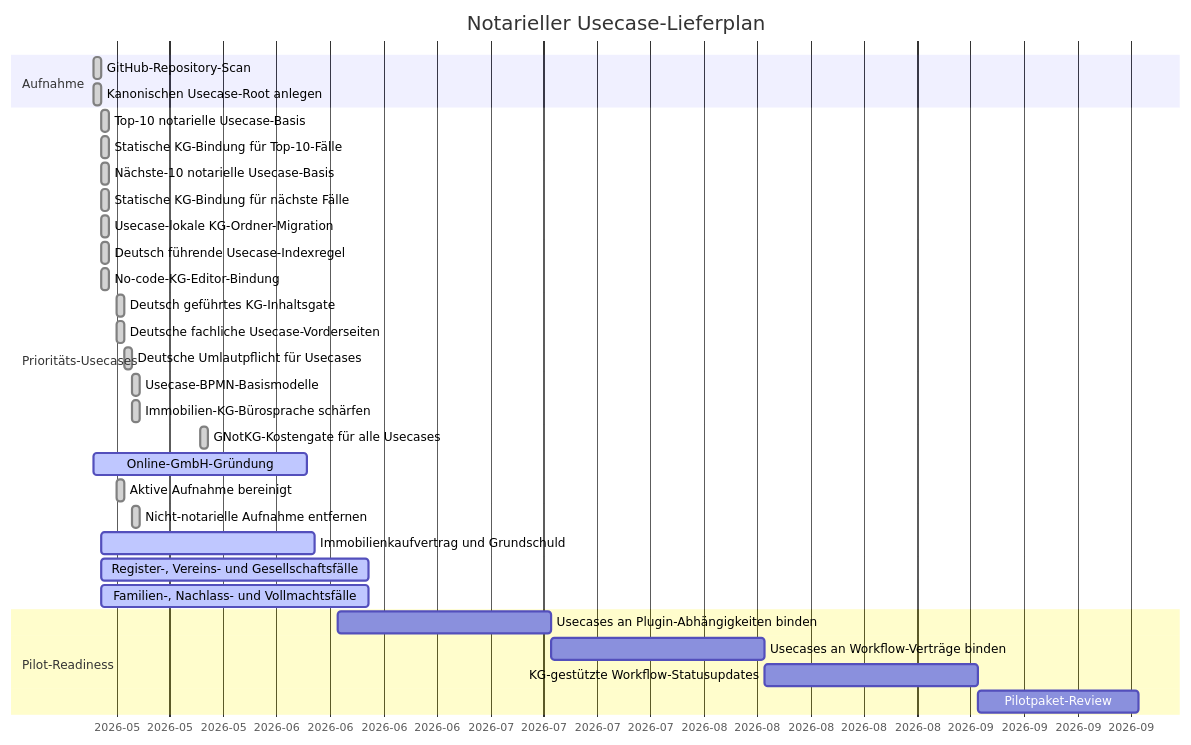
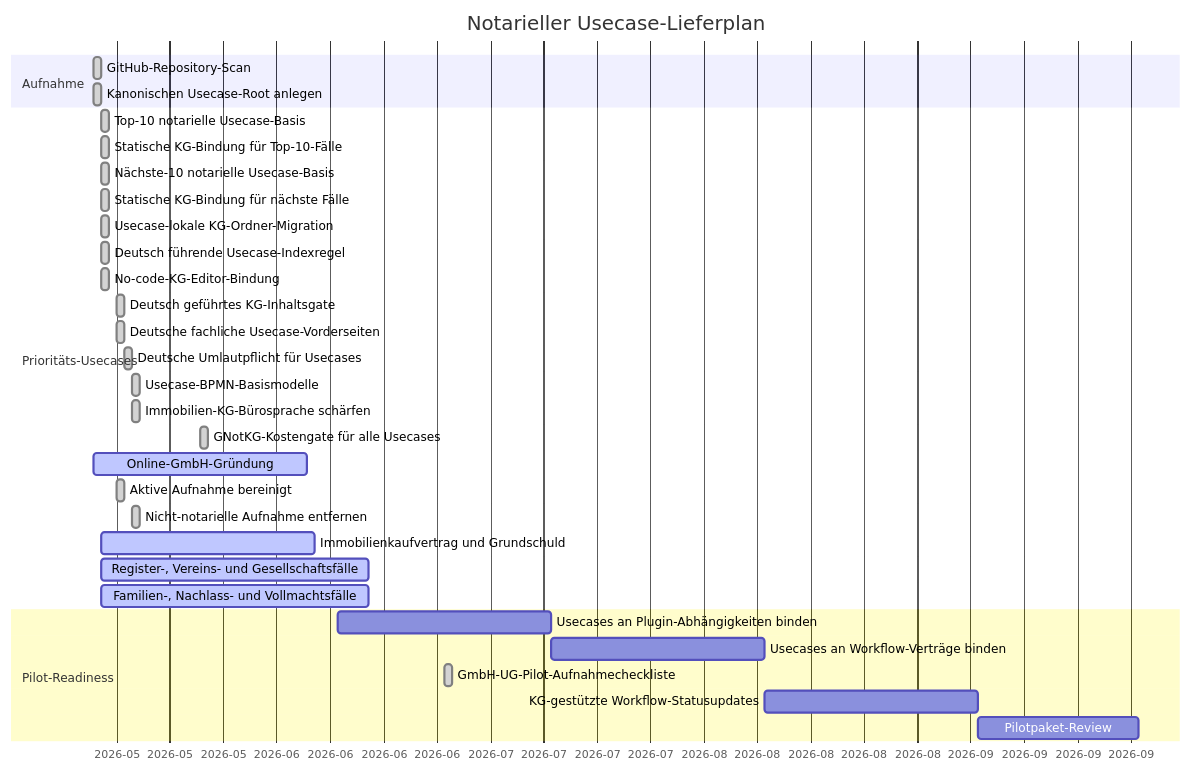
The diagram in usecases/GANTT.md (notariat8/NaC), drawn with Mermaid before and after one commit. The commit also changed other lines of this file and 12 other files, not shown here.

Commit message:
Add GmbH UG pilot intake checklist

````diff
--- a/usecases/GANTT.md
+++ b/usecases/GANTT.md
@@ -5,37 +5,38 @@
 ```mermaid
 gantt
     title Notarieller Usecase-Lieferplan
     dateFormat  YYYY-MM-DD
     axisFormat  %Y-%m
 
     section Aufnahme
     GitHub-Repository-Scan                     :done,   u1, 2026-05-14, 1d
     Kanonischen Usecase-Root anlegen           :done,   u2, 2026-05-14, 1d
 
     section Prioritäts-Usecases
     Top-10 notarielle Usecase-Basis            :done,   u3, 2026-05-15, 1d
     Statische KG-Bindung für Top-10-Fälle    :done,   u4, 2026-05-15, 1d
     Nächste-10 notarielle Usecase-Basis       :done,   u5, 2026-05-15, 1d
     Statische KG-Bindung für nächste Fälle  :done,   u6, 2026-05-15, 1d
     Usecase-lokale KG-Ordner-Migration         :done,   u6a, 2026-05-15, 1d
     Deutsch führende Usecase-Indexregel       :done,   u6b, 2026-05-15, 1d
     No-code-KG-Editor-Bindung                  :done,   u6c, 2026-05-15, 1d
     Deutsch geführtes KG-Inhaltsgate          :done,   u6d, 2026-05-17, 1d
     Deutsche fachliche Usecase-Vorderseiten     :done,   u6e, 2026-05-17, 1d
     Deutsche Umlautpflicht für Usecases       :done,   u6f, 2026-05-18, 1d
     Usecase-BPMN-Basismodelle                  :done,   u6g, 2026-05-19, 1d
     Immobilien-KG-Bürosprache schärfen        :done,   u6h, 2026-05-19, 1d
     GNotKG-Kostengate für alle Usecases       :done,   u6i, 2026-05-28, 1d
     Online-GmbH-Gründung                      :active, u7, 2026-05-14, 28d
     Aktive Aufnahme bereinigt                  :done,   u8, 2026-05-17, 1d
     Nicht-notarielle Aufnahme entfernen        :done,   u9, 2026-05-19, 1d
     Immobilienkaufvertrag und Grundschuld      :active, u10, 2026-05-15, 28d
     Register-, Vereins- und Gesellschaftsfälle :active, u11, 2026-05-15, 35d
     Familien-, Nachlass- und Vollmachtsfälle  :active, u12, 2026-05-15, 35d
 
     section Pilot-Readiness
     Usecases an Plugin-Abhängigkeiten binden  :        u13, 2026-06-15, 28d
     Usecases an Workflow-Verträge binden      :        u14, after u13, 28d
+    GmbH-UG-Pilot-Aufnahmecheckliste           :done,   u14a, 2026-06-29, 1d
     KG-gestützte Workflow-Statusupdates       :        u15, after u14, 28d
     Pilotpaket-Review                          :        u16, after u15, 21d
 ```
````
